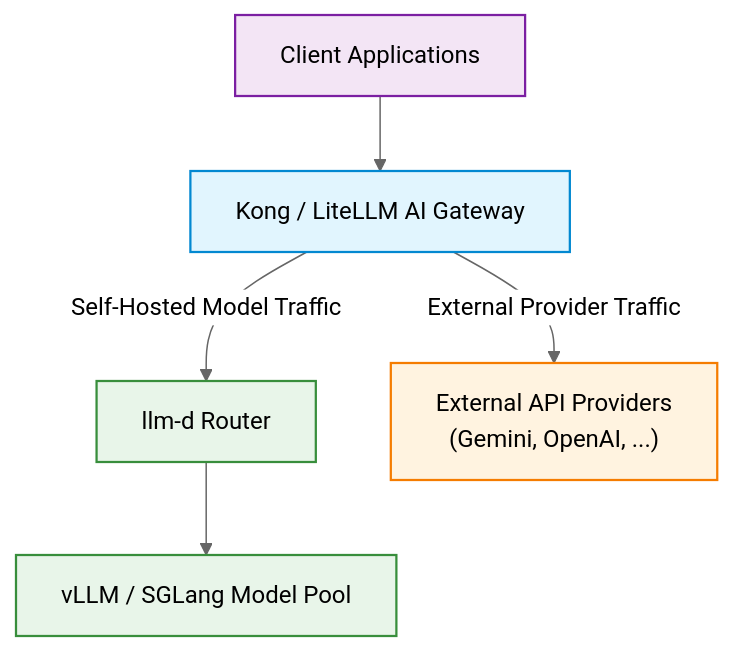
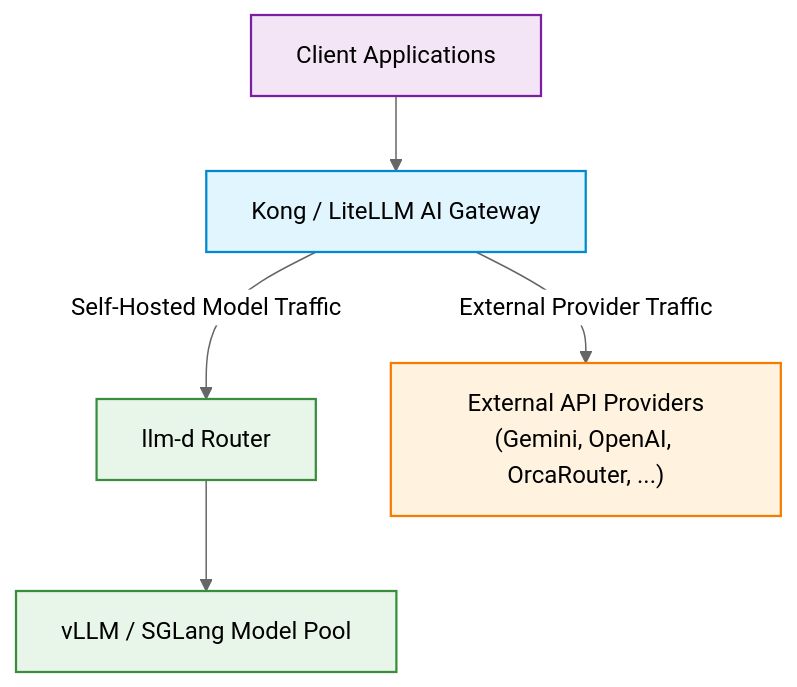
The diagram in docs/operations/serve-external-apis/README.md (llm-d/llm-d), drawn with Mermaid (neutral theme) before and after one commit. The commit also changed other lines of this file and 1 other file, not shown here.

Commit message:
docs(operations): add OrcaRouter as an external LLM provider in the LiteLLM guide
Add a named OrcaRouter gateway entry (orcarouter-auto) to the LiteLLM
Serve External APIs guide, mirroring the existing Google Gemini external
provider pattern:

- ORCAROUTER_API_KEY secret wiring in Step 1
- model_list entry: openai/orcarouter/auto via https://api.orcarouter.ai/v1
- /v1/models, /key/generate, inference, and /key/info examples updated
- Intro and architecture diagram updated in the section README

````diff
--- a/docs/operations/serve-external-apis/README.md
+++ b/docs/operations/serve-external-apis/README.md
@@ -17,19 +17,19 @@
 ```mermaid
 flowchart TD
     Client["Client Applications"] --> Proxy["Kong / LiteLLM AI Gateway"]
 
     Proxy -->|"Self-Hosted Model Traffic"| Router["llm-d Router"]
-    Proxy -->|"External Provider Traffic"| External["External API Providers<br/>(Gemini, OpenAI, ...)"]
+    Proxy -->|"External Provider Traffic"| External["External API Providers<br/>(Gemini, OpenAI, OrcaRouter, ...)"]
 
     Router --> Pool["vLLM / SGLang Model Pool"]
 
     classDef client fill:#f3e5f5,stroke:#7b1fa2,stroke-width:1.5px,color:#000;
     classDef proxy fill:#e1f5fe,stroke:#0288d1,stroke-width:1.5px,color:#000;
     classDef llmd fill:#e8f5e9,stroke:#388e3c,stroke-width:1.5px,color:#000;
     classDef ext fill:#fff3e0,stroke:#f57c00,stroke-width:1.5px,color:#000;
 
     class Client client;
     class Proxy proxy;
     class Router,Pool llmd;
     class External ext;
 ```
````
